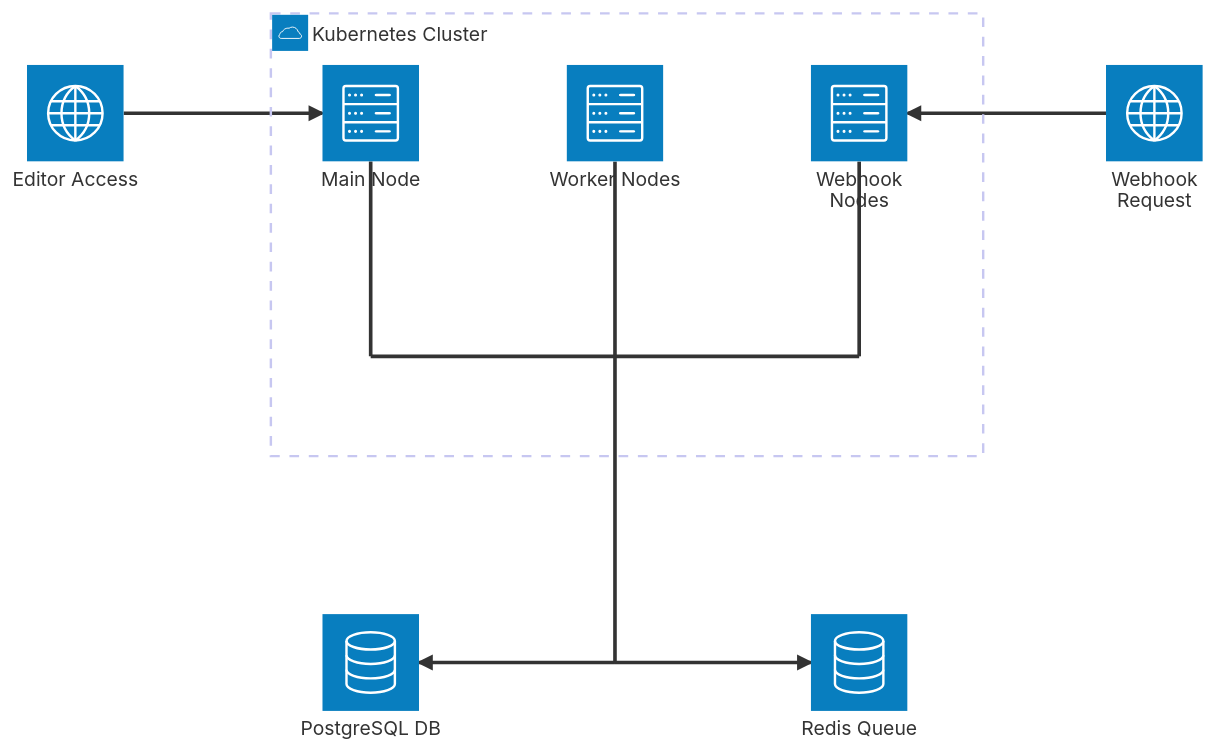
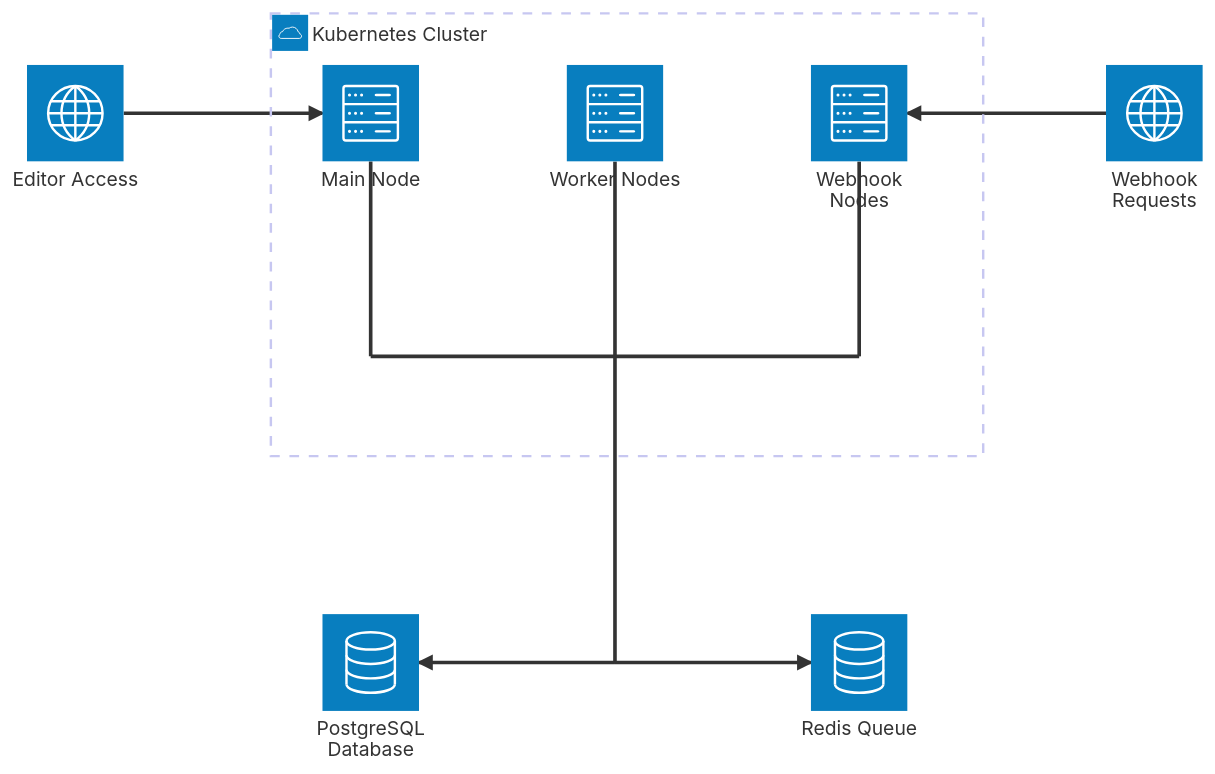
One commit to community-charts/community-charts.github.io changed the second of 3 diagrams in docs/charts/n8n/usage.md. Above: the diagram before and after it, drawn with Mermaid. The commit also changed other lines of this file and 7 other files, not shown here.

Commit message:
Restructure n8n chart documentation pages and add persistence information

````diff
--- a/docs/charts/n8n/usage.md
+++ b/docs/charts/n8n/usage.md
@@ -287,30 +313,30 @@
 ```mermaid
 architecture-beta
   group k8s(cloud)[Kubernetes Cluster]
 
   service ui(internet)[Editor Access]
-  service request(internet)[Webhook Request]
+  service request(internet)[Webhook Requests]
 
   service main(server)[Main Node] in k8s
   service worker(server)[Worker Nodes] in k8s
   service webhook(server)[Webhook Nodes] in k8s
 
-  service db(database)[PostgreSQL DB]
+  service db(database)[PostgreSQL Database]
   service queue(database)[Redis Queue]
 
   junction junctionCenter in k8s
   junction junctionLeft in k8s
   junction junctionRight in k8s
   junction junctionBottom
 
   ui:R --> L:main
   request:L --> R:webhook
   main:B -- T:junctionLeft
   junctionLeft:R -- L:junctionCenter
   worker:B -- T:junctionCenter
   webhook:B -- T:junctionRight
   junctionRight:L -- R:junctionCenter
   junctionCenter:B -- T:junctionBottom
   junctionBottom:L --> R:db
   junctionBottom:R --> L:queue
 ```
````
